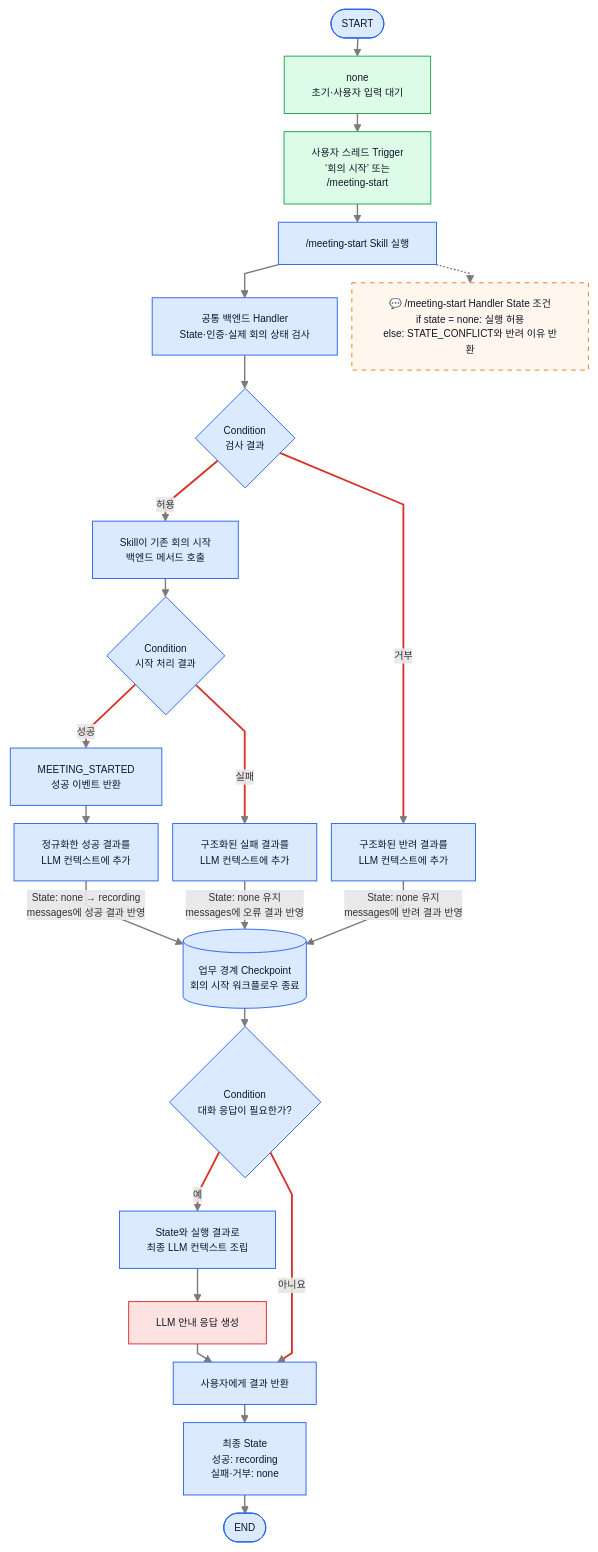
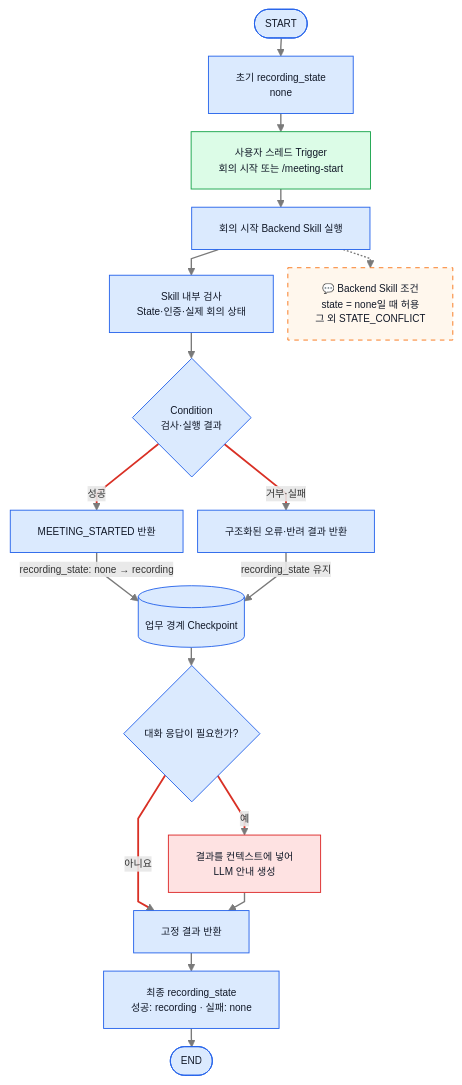
One commit to ericyum/Obsidian changed the fourth of 10 diagrams in ZENAI/에이전트 설계/회의록 에이전트 설계/1. 회의록 에이전트 워크플로우 graph 정의.md. Above: the diagram before and after it, drawn with Mermaid. The commit also changed other lines of this file and 11 other files, not shown here.

````diff
--- a/ZENAI/에이전트 설계/회의록 에이전트 설계/1. 회의록 에이전트 워크플로우 graph 정의.md
+++ b/ZENAI/에이전트 설계/회의록 에이전트 설계/1. 회의록 에이전트 워크플로우 graph 정의.md
@@ -200,40 +180,30 @@
 ```mermaid
 %%{init: {"flowchart": {"useMaxWidth": true, "nodeSpacing": 16, "rankSpacing": 20, "curve": "linear"}, "themeVariables": {"fontSize": "11px"}}}%%
 flowchart TB
-    S(["START"]) --> IS["none<br/>초기·사용자 입력 대기"]
-    IS --> U["사용자 스레드 Trigger<br/>‘회의 시작’ 또는<br/>/meeting-start"]
-    U --> SK["/meeting-start Skill 실행"]
-    SK --> V["공통 백엔드 Handler<br/>State·인증·실제 회의 상태 검사"]
-    V --> VC{"Condition<br/>검사 결과"}
-    VC -->|"허용"| B["Skill이 기존 회의 시작<br/>백엔드 메서드 호출"]
-    VC -->|"거부"| CR["구조화된 반려 결과를<br/>LLM 컨텍스트에 추가"]
-    B --> C{"Condition<br/>시작 처리 결과"}
-    C -->|"성공"| EV["MEETING_STARTED<br/>성공 이벤트 반환"]
-    C -->|"실패"| CF["구조화된 실패 결과를<br/>LLM 컨텍스트에 추가"]
-    EV --> CS["정규화한 성공 결과를<br/>LLM 컨텍스트에 추가"]
-    CS -->|"State: none → recording<br/>messages에 성공 결과 반영"| CP[("업무 경계 Checkpoint<br/>회의 시작 워크플로우 종료")]
-    CF -->|"State: none 유지<br/>messages에 오류 결과 반영"| CP
-    CR -->|"State: none 유지<br/>messages에 반려 결과 반영"| CP
-    CP --> NR{"Condition<br/>대화 응답이 필요한가?"}
-    NR -->|"예"| CX["State와 실행 결과로<br/>최종 LLM 컨텍스트 조립"]
-    CX --> L["LLM 안내 응답 생성"]
-    L --> OUT["사용자에게 결과 반환"]
-    NR -->|"아니요"| OUT
-    OUT --> FS["최종 State<br/>성공: recording<br/>실패·거부: none"]
+    S(["START"]) --> IS["초기 recording_state<br/>none"]
+    IS --> U["사용자 스레드 Trigger<br/>회의 시작 또는 /meeting-start"]
+    U --> SK["회의 시작 Backend Skill 실행"]
+    SK --> V["Skill 내부 검사<br/>State·인증·실제 회의 상태"]
+    V --> C{"Condition<br/>검사·실행 결과"}
+    C -->|"성공"| EV["MEETING_STARTED 반환"]
+    C -->|"거부·실패"| ER["구조화된 오류·반려 결과 반환"]
+    EV -->|"recording_state: none → recording"| CP[("업무 경계 Checkpoint")]
+    ER -->|"recording_state 유지"| CP
+    CP --> NR{"대화 응답이 필요한가?"}
+    NR -->|"예"| L["결과를 컨텍스트에 넣어<br/>LLM 안내 생성"]
+    NR -->|"아니요"| OUT["고정 결과 반환"]
+    L --> OUT
+    OUT --> FS["최종 recording_state<br/>성공: recording · 실패: none"]
     FS --> E(["END"])
-    SK -.-> N1["💬 /meeting-start Handler State 조건<br/>if state = none: 실행 허용<br/>else: STATE_CONFLICT와 반려 이유 반환"]
+    SK -.-> N1["💬 Backend Skill 조건<br/>state = none일 때 허용<br/>그 외 STATE_CONFLICT"]
     classDef user fill:#dcfce7,stroke:#16a34a,color:#111827;
     classDef internal fill:#dbeafe,stroke:#2563eb,color:#111827;
     classDef llm fill:#fee2e2,stroke:#dc2626,color:#111827;
-    classDef state fill:#dbeafe,stroke:#2563eb,color:#111827;
-    classDef idle fill:#dcfce7,stroke:#16a34a,color:#111827;
-    classDef note fill:#fff7ed,stroke:#f97316,color:#111827,stroke-dasharray: 5 5;
+    classDef note fill:#fff7ed,stroke:#f97316,color:#111827,stroke-dasharray:5 5;
     class U user;
     class L llm;
-    class IS idle;
-    class FS state;
     class N1 note;
-    class S,SK,V,VC,B,C,EV,CS,CF,CR,CP,NR,CX,OUT,E internal;
+    class S,IS,SK,V,C,EV,ER,CP,NR,OUT,FS,E internal;
     linkStyle default stroke:#7a7a7a,stroke-width:1.5px;
-    linkStyle 5,6,8,9,15,18 stroke:#d93025,stroke-width:2px;
+    linkStyle 5,6,10,11 stroke:#d93025,stroke-width:2px;
 ```
````
